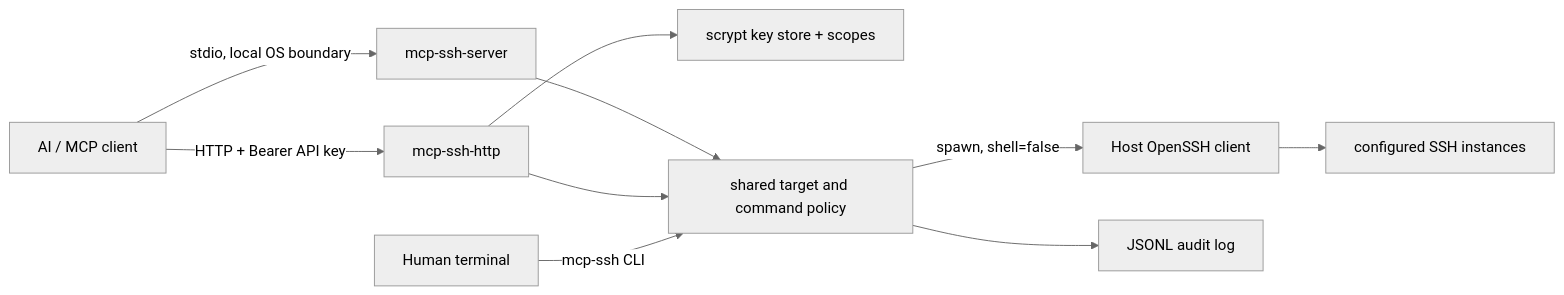
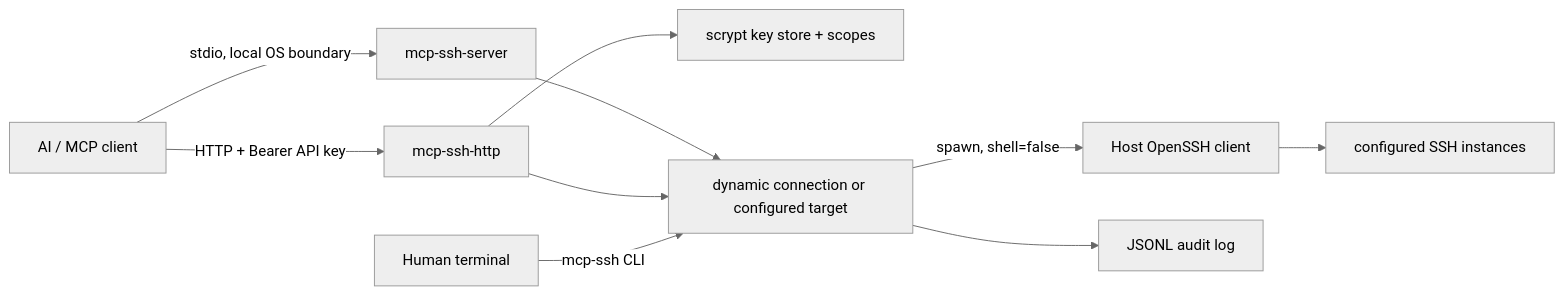
Before and after one commit to xtawa/mcp_ssh_connectors: the diagram in README.md, drawn with Mermaid (neutral theme). The commit also changed other lines of this file and 13 other files, not shown here.

````diff
--- a/README.md
+++ b/README.md
@@ -11,12 +11,12 @@
 ```mermaid
 flowchart LR
   AI[AI / MCP client] -->|stdio, local OS boundary| S[mcp-ssh-server]
   AI -->|HTTP + Bearer API key| H[mcp-ssh-http]
   H --> K[scrypt key store + scopes]
-  S --> P[shared target and command policy]
+  S --> P[dynamic connection or configured target]
   H --> P
   U[Human terminal] -->|mcp-ssh CLI| P
   P -->|spawn, shell=false| O[Host OpenSSH client]
   O --> R[configured SSH instances]
   P --> A[JSONL audit log]
 ```
````
